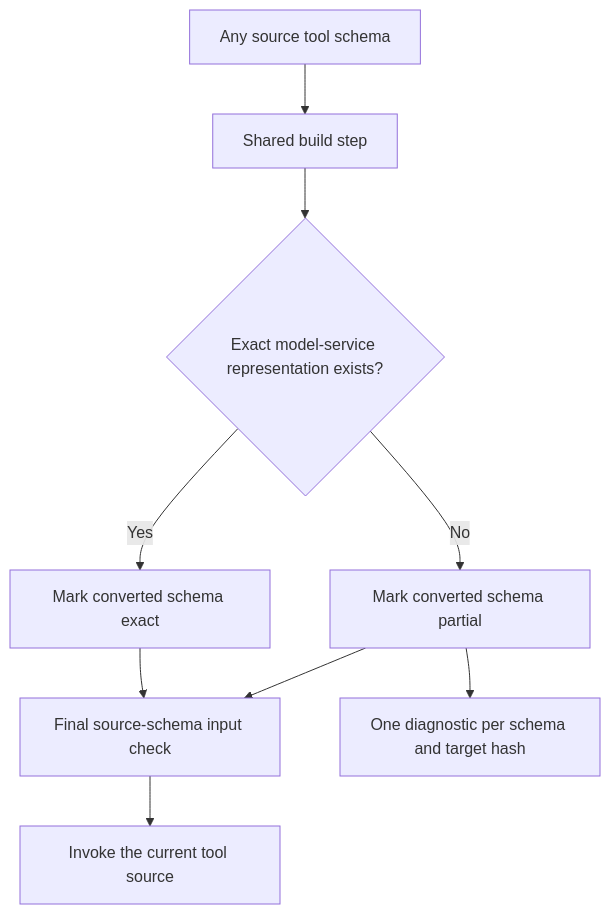
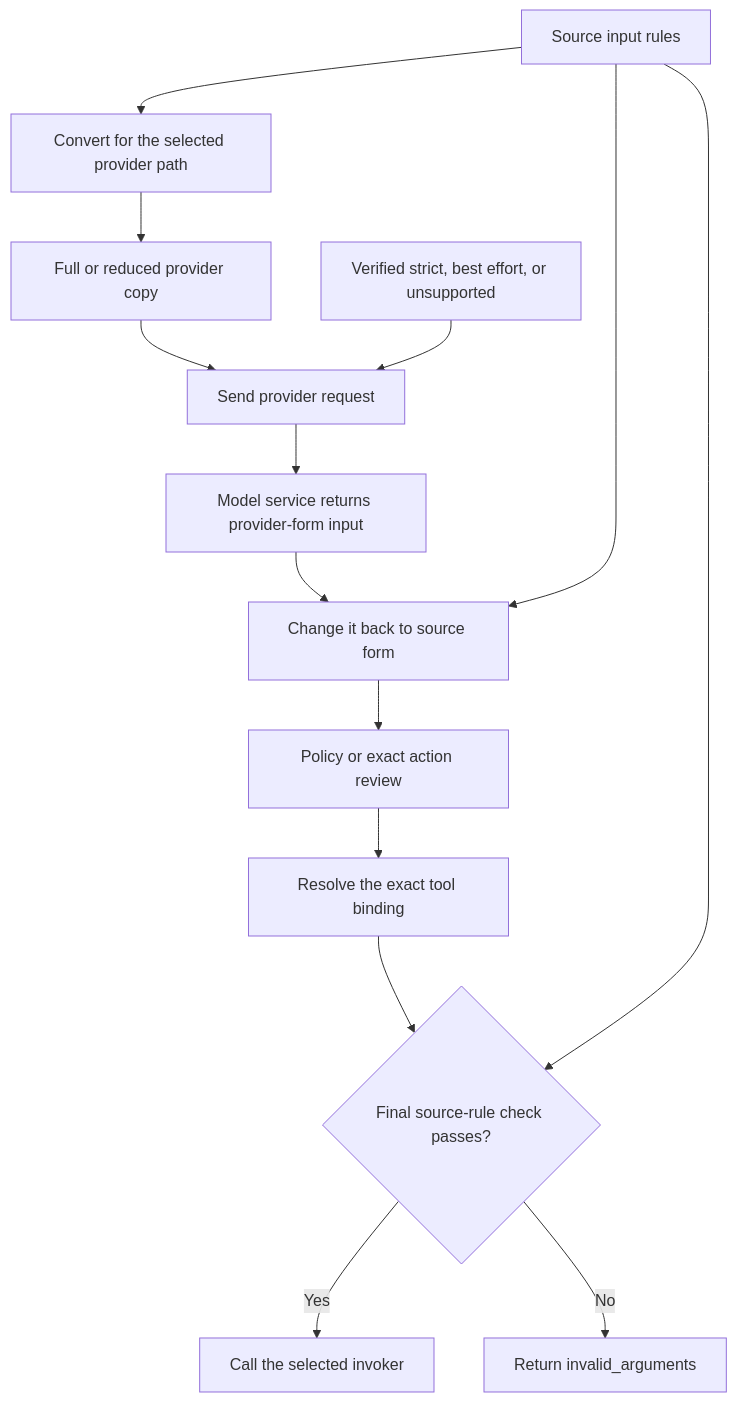
One commit to kpsuperplane/Noema changed diagram 25 of 27 in docs/superpowers/plans/2026-08-08-noema-practical-reliability-roadmap.md. Above: the diagram before and after it, drawn with Mermaid. The commit also changed other lines of this file, not shown here.

Commit message:
docs: correct tool schema reliability plan

````diff
--- a/docs/superpowers/plans/2026-08-08-noema-practical-reliability-roadmap.md
+++ b/docs/superpowers/plans/2026-08-08-noema-practical-reliability-roadmap.md
@@ -1229,17 +1412,23 @@
 ```mermaid
 flowchart TD
-    A["Any source tool schema"]
-    B["Shared build step"]
-    C{"Exact model-service representation exists?"}
-    D["Mark converted schema exact"]
-    E["Mark converted schema partial"]
-    F["Final source-schema input check"]
-    G["Invoke the current tool source"]
-    H["One diagnostic per schema and target hash"]
+    A["Source input rules"]
+    B["Convert for the selected provider path"]
+    C["Full or reduced provider copy"]
+    D["Verified strict, best effort, or unsupported"]
+    E["Send provider request"]
+    F["Model service returns provider-form input"]
+    G["Change it back to source form"]
+    H["Policy or exact action review"]
+    I["Resolve the exact tool binding"]
+    J{"Final source-rule check passes?"}
+    K["Call the selected invoker"]
+    L["Return invalid_arguments"]
 
-    A --> B --> C
-    C -->|Yes| D --> F
-    C -->|No| E --> F
-    E --> H
-    F --> G
+    A --> B --> C --> E
+    D --> E
+    E --> F --> G --> H --> I --> J
+    A --> G
+    A --> J
+    J -->|Yes| K
+    J -->|No| L
 ```
````
